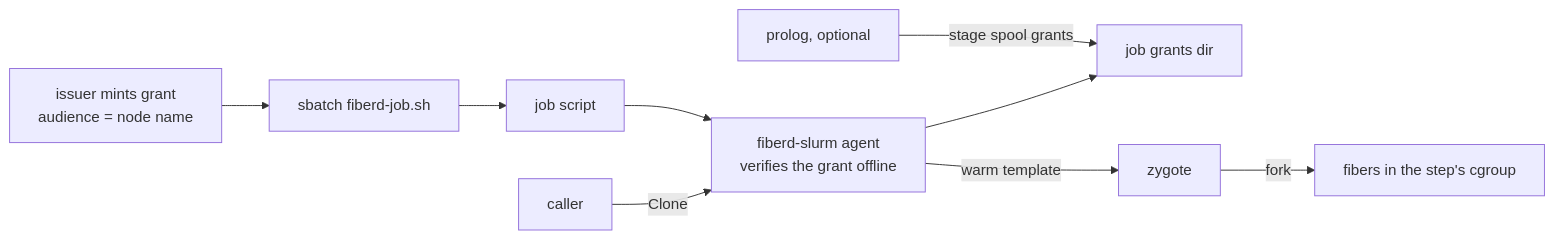
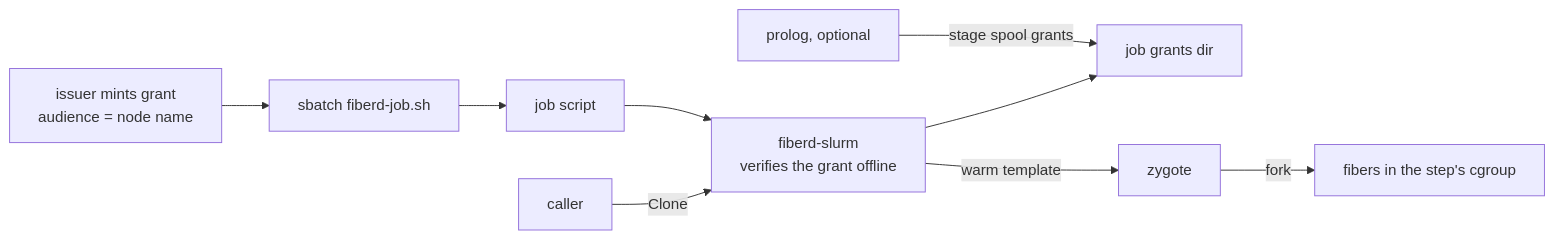
Before and after one commit to helayoty/fiberd: the diagram in docs/design/slurm.md, drawn with Mermaid. The commit also changed other lines of this file and 286 other files, not shown here.

````diff
--- a/docs/design/slurm.md
+++ b/docs/design/slurm.md
@@ -11,11 +11,11 @@
 ```mermaid
 flowchart LR
   I[issuer mints grant<br/>audience = node name] --> SB[sbatch fiberd-job.sh]
   SB --> J[job script]
   PR[prolog, optional] -->|stage spool grants| GD[job grants dir]
-  J --> A["fiberd-slurm agent<br/>verifies the grant offline"]
+  J --> A["fiberd-slurm<br/>verifies the grant offline"]
   A --> GD
   A -->|warm template| Z[zygote]
   C[caller] -->|Clone| A
   Z -->|fork| F[fibers in the step's cgroup]
 ```
````
